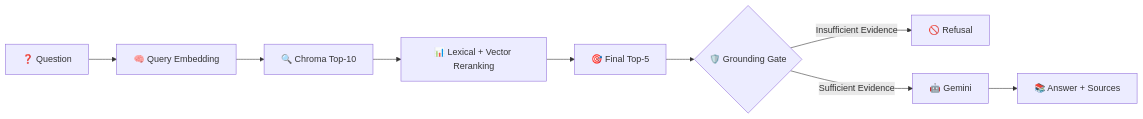
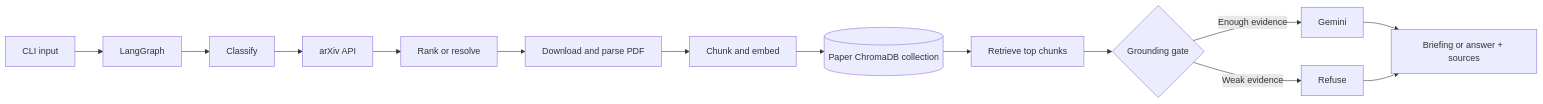
Before and after one commit to amruthssss/Autonomous_arXiv_Assessment-: the diagram in README.md, drawn with Mermaid. The commit also changed other lines of this file and 21 other files, not shown here.

````diff
--- a/README.md
+++ b/README.md
@@ -337,14 +37,16 @@
 ```mermaid
 flowchart LR
-
-    A["❓ Question"] --> B["🧠 Query Embedding"]
-    B --> C["🔍 Chroma Top-10"]
-    C --> D["📊 Lexical + Vector Reranking"]
-    D --> E["🎯 Final Top-5"]
-    E --> F{"🛡️ Grounding Gate"}
-
-    F -->|Insufficient Evidence| G["🚫 Refusal"]
-    F -->|Sufficient Evidence| H["🤖 Gemini"]
-
-    H --> I["📚 Answer + Sources"]
+    A[CLI input] --> B[LangGraph]
+    B --> C[Classify]
+    C --> D[arXiv API]
+    D --> E[Rank or resolve]
+    E --> F[Download and parse PDF]
+    F --> G[Chunk and embed]
+    G --> H[(Paper ChromaDB collection)]
+    H --> I[Retrieve top chunks]
+    I --> J{Grounding gate}
+    J -->|Enough evidence| K[Gemini]
+    J -->|Weak evidence| L[Refuse]
+    K --> M[Briefing or answer + sources]
+    L --> M
 ```
````
